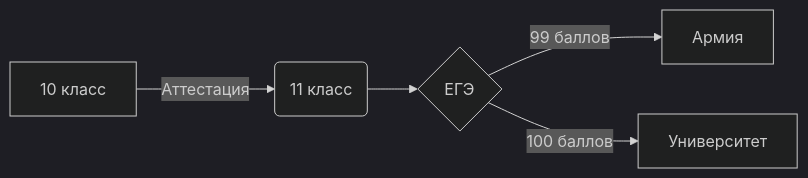
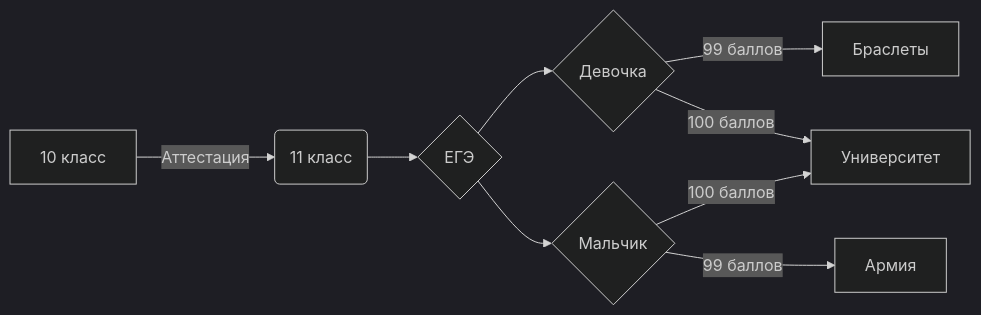
Before and after one commit to ZAGLO3301/lere: the diagram in README.md, drawn with Mermaid (dark theme).

````diff
--- a/README.md
+++ b/README.md
@@ -37,7 +37,11 @@
 ```mermaid
 flowchart LR
     A[10 класс] -->|Аттестация| B(11 класс)
     B --> C{ЕГЭ}
-    C -->|99 баллов| D[Армия]
-    C -->|100 баллов| E[Университет]
+    C --> R{Девочка}
+    C --> F{Мальчик}
+    F -->|99 баллов| D[Армия]
+    F -->|100 баллов| E[Университет]
+    R -->|100 баллов| E[Университет]
+     R -->|99 баллов| J[Браслеты]
 ```
````
